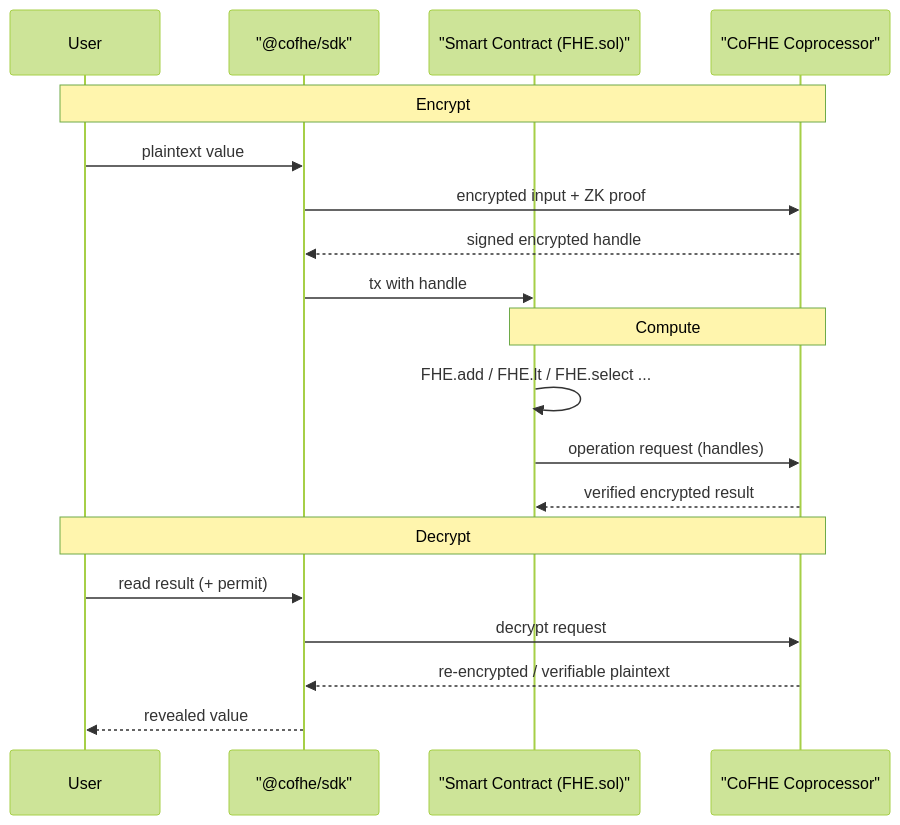
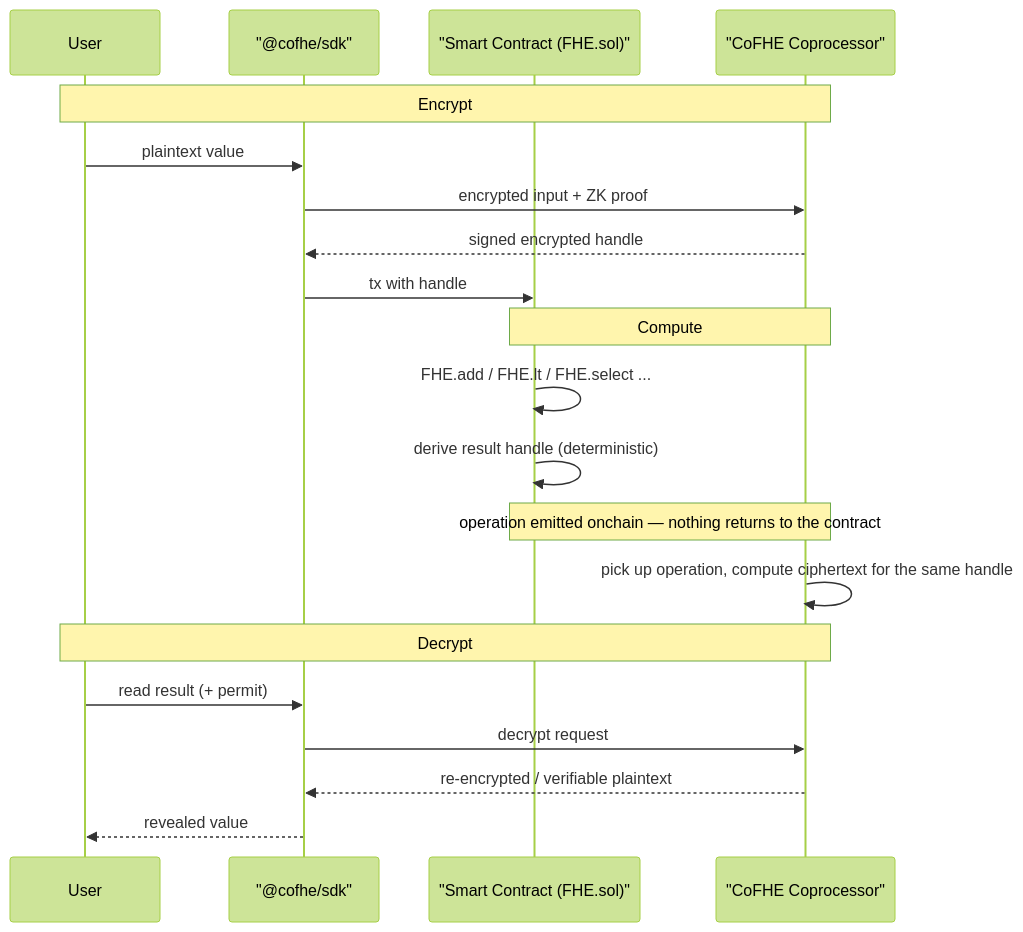
Before and after one commit to FhenixProtocol/fhenix-developer-docs: the diagram in get-started/introduction/what-is-cofhe.mdx, drawn with Mermaid (forest theme). The commit also changed other lines of this file, not shown here.

Commit message:
Fix compute flow: contract derives result handle deterministically
Correct the mermaid diagram and Compute step to reflect that nothing
returns from the coprocessor to the contract. The contract derives a
deterministic result handle during execution; the CoFHE server
independently computes the matching ciphertext off-chain.

````diff
--- a/get-started/introduction/what-is-cofhe.mdx
+++ b/get-started/introduction/what-is-cofhe.mdx
@@ -52,24 +52,25 @@
 ```mermaid
 sequenceDiagram
     participant User
     participant SDK as "@cofhe/sdk"
     participant Contract as "Smart Contract (FHE.sol)"
     participant CoFHE as "CoFHE Coprocessor"
 
     Note over User,CoFHE: Encrypt
     User->>SDK: plaintext value
     SDK->>CoFHE: encrypted input + ZK proof
     CoFHE-->>SDK: signed encrypted handle
     SDK->>Contract: tx with handle
 
     Note over Contract,CoFHE: Compute
     Contract->>Contract: FHE.add / FHE.lt / FHE.select ...
-    Contract->>CoFHE: operation request (handles)
-    CoFHE-->>Contract: verified encrypted result
+    Contract->>Contract: derive result handle (deterministic)
+    Note over Contract,CoFHE: operation emitted onchain — nothing returns to the contract
+    CoFHE->>CoFHE: pick up operation, compute ciphertext for the same handle
 
     Note over User,CoFHE: Decrypt
     User->>SDK: read result (+ permit)
     SDK->>CoFHE: decrypt request
     CoFHE-->>SDK: re-encrypted / verifiable plaintext
     SDK-->>User: revealed value
 ```
````
